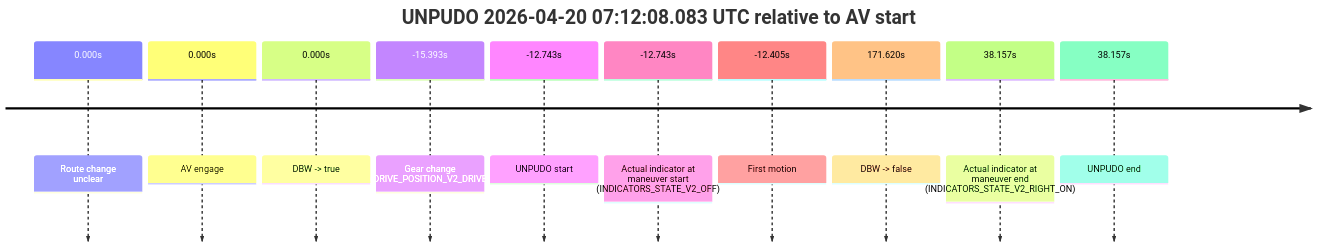
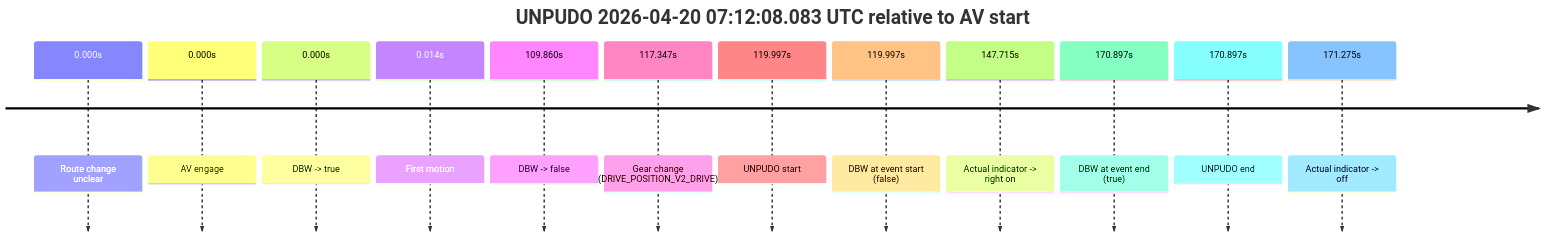
Before and after one commit to yoelshapiro/vault: the eighth of 13 diagrams in model_analysis/report_cards/2026/04/Week-4/fme20018--2026-04-20--06-09-46--gen2-av-f3dff3a8-6b32-43f2-a280-52ddb467ac46.md, drawn with Mermaid. The commit also changed other lines of this file and 85 other files, not shown here.

````diff
--- a/model_analysis/report_cards/2026/04/Week-4/fme20018--2026-04-20--06-09-46--gen2-av-f3dff3a8-6b32-43f2-a280-52ddb467ac46.md
+++ b/model_analysis/report_cards/2026/04/Week-4/fme20018--2026-04-20--06-09-46--gen2-av-f3dff3a8-6b32-43f2-a280-52ddb467ac46.md
@@ -645,14 +670,16 @@
 ```mermaid
 timeline
     title UNPUDO 2026-04-20 07:12:08.083 UTC relative to AV start
     0.000s : Route change unclear
     0.000s : AV engage
     0.000s : DBW -> true
-    -15.393s : Gear change (DRIVE_POSITION_V2_DRIVE)
-    -12.743s : UNPUDO start
-    -12.743s : Actual indicator at maneuver start (INDICATORS_STATE_V2_OFF)
-    -12.405s : First motion
-    171.620s : DBW -> false
-    38.157s : Actual indicator at maneuver end (INDICATORS_STATE_V2_RIGHT_ON)
-    38.157s : UNPUDO end
+    0.014s : First motion
+    109.860s : DBW -> false
+    117.347s : Gear change (DRIVE_POSITION_V2_DRIVE)
+    119.997s : UNPUDO start
+    119.997s : DBW at event start (false)
+    147.715s : Actual indicator -> right on
+    170.897s : DBW at event end (true)
+    170.897s : UNPUDO end
+    171.275s : Actual indicator -> off
 ```
````
